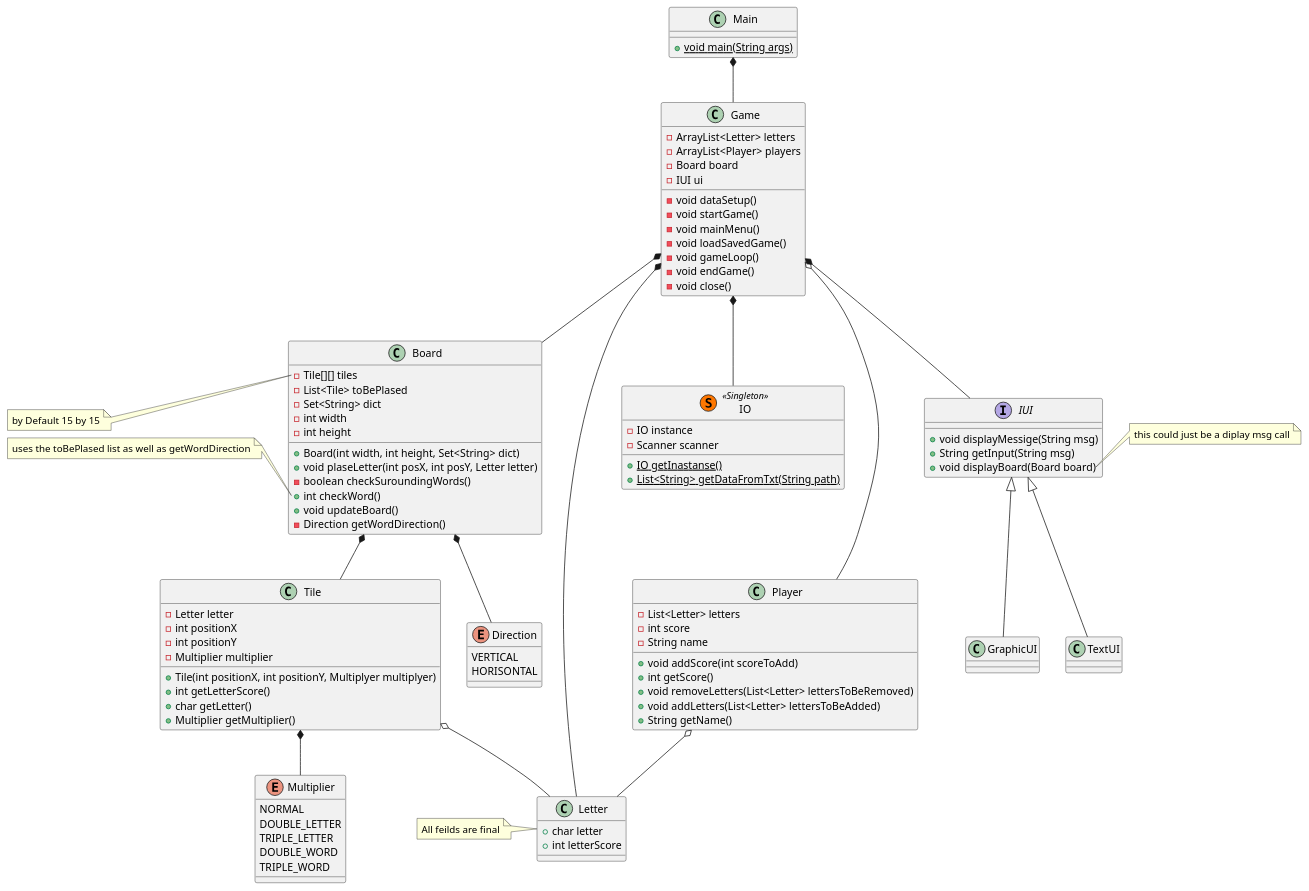
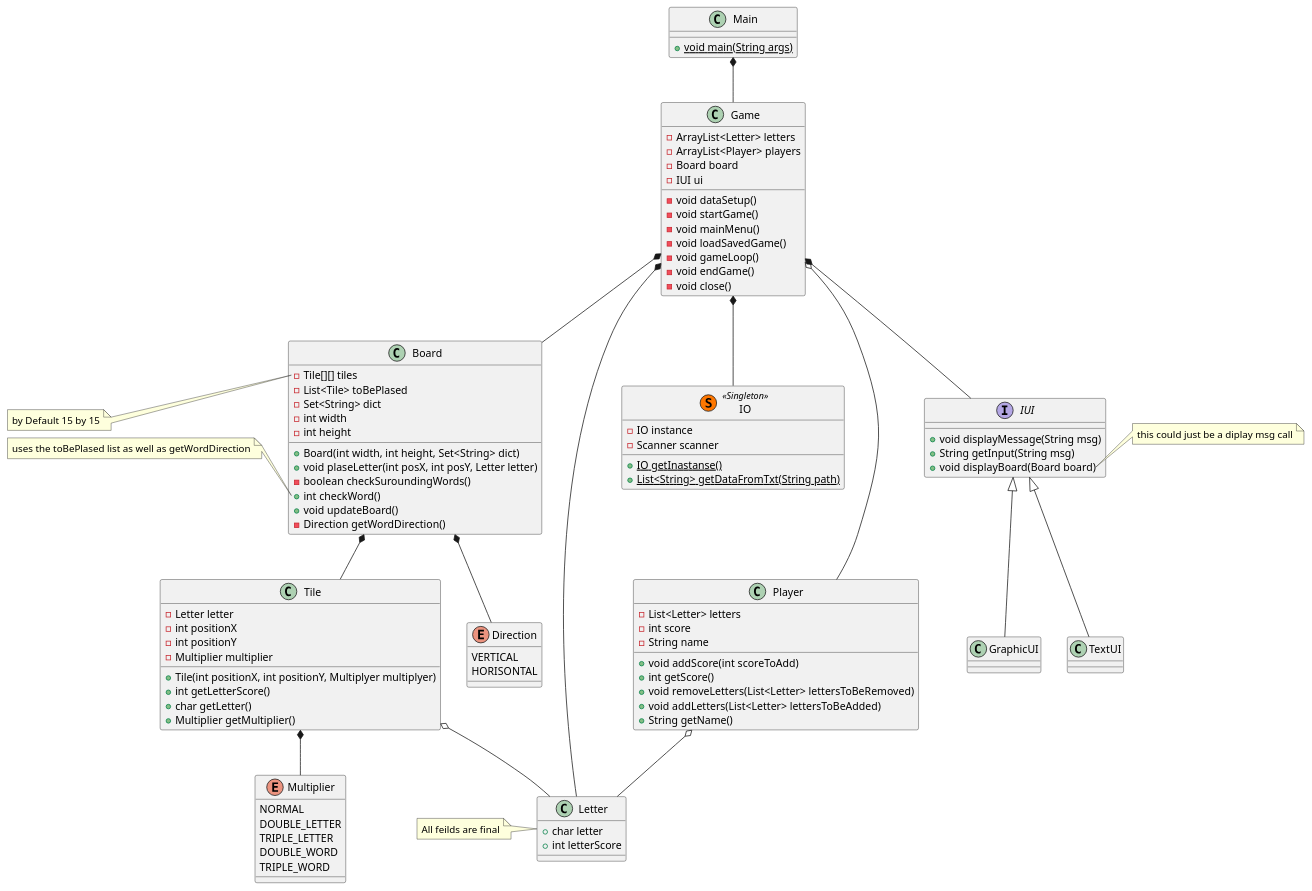
The diagram in doc/classdiagram.puml (cph-dh223/ICE), drawn with PlantUML before and after one commit.

Commit message:
Spellcheck classdiagram

```diff
--- a/doc/classdiagram.puml
+++ b/doc/classdiagram.puml
@@ -1,123 +1,123 @@
 @startuml classDiagram
 
 class Main{
     +{static} void main(String args)
 }
 
 class Game{
     - ArrayList<Letter> letters
     - ArrayList<Player> players
     - Board board
     - IUI ui
 
     - void dataSetup()
     - void startGame()
     - void mainMenu()
     - void loadSavedGame()
     - void gameLoop()
     - void endGame()
     - void close()
 }
 interface IUI{
-    + void displayMessige(String msg)
+    + void displayMessage(String msg)
     + String getInput(String msg)
     + void displayBoard(Board board)
 }
 note right of IUI::displayBoard
     this could just be a diplay msg call
 end note
 
 class GraphicUI{}
 
 class TextUI{}
 
 class IO << (S,#FF7700) Singleton >>{
     - IO instance
     - Scanner scanner
 
     + {static} IO getInastanse()
     + {static} List<String> getDataFromTxt(String path)
 }
 
 class Tile{
     - Letter letter
     - int positionX 
     - int positionY
     - Multiplier multiplier
 
     + Tile(int positionX, int positionY, Multiplyer multiplyer)
     + int getLetterScore()
     + char getLetter()
     + Multiplier getMultiplier()
 }
 enum Multiplier {
     NORMAL
     DOUBLE_LETTER
     TRIPLE_LETTER
     DOUBLE_WORD
     TRIPLE_WORD
 }
 
 class Board{
     - Tile[][] tiles
     - List<Tile> toBePlased
     - Set<String> dict
     - int width
     - int height
 
     + Board(int width, int height, Set<String> dict)
     + void plaseLetter(int posX, int posY, Letter letter)
     - boolean checkSuroundingWords()
     + int checkWord()
     + void updateBoard()
     - Direction getWordDirection()
 }
 
 enum Direction{
     VERTICAL
     HORISONTAL
 }
 
 note left of Board::tiles
     by Default 15 by 15
 end note
 note left of Board::checkWord
     uses the toBePlased list as well as getWordDirection
 end note
 
 class Player{
     - List<Letter> letters
     - int score
     - String name
 
     + void addScore(int scoreToAdd)
     + int getScore()
     + void removeLetters(List<Letter> lettersToBeRemoved)
     + void addLetters(List<Letter> lettersToBeAdded)
     + String getName()
 
 }
 
 class Letter{
     + char letter
     + int letterScore
 }
 note left of Letter
     All feilds are final
 end note
 
 Main *-- Game
 Game o-- Player
 Game *-- Board 
 Board *-- Tile
 Board *-- Direction
 Game *-- Letter
 Player o-- Letter
 Game *-- IUI
 Game *-- IO
 IUI <|-- TextUI
 IUI <|-- GraphicUI
 Tile o-- Letter
 Tile *-- Multiplier
   
 @enduml
```
